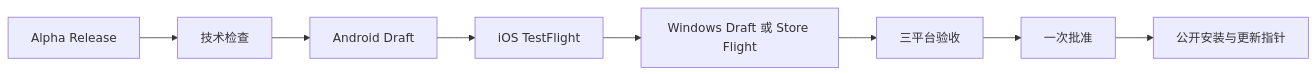
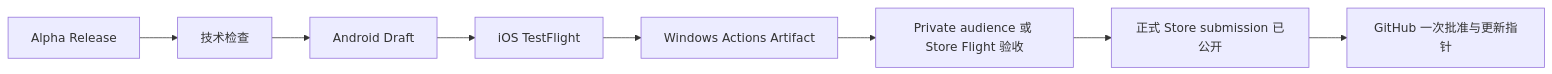
One commit to zhangheng2022/meet_trace changed the diagram in docs/project/GitHub_版本发布流程.md. Above: the diagram before and after it, drawn with Mermaid. The commit also changed other lines of this file and 21 other files, not shown here.

Commit message:
切换 Windows 发布到 Microsoft Store

````diff
--- a/docs/project/GitHub_版本发布流程.md
+++ b/docs/project/GitHub_版本发布流程.md
@@ -20,10 +20,10 @@
 ```mermaid
 flowchart LR
   A[Alpha Release] --> B[技术检查]
   B --> C[Android Draft]
   C --> D[iOS TestFlight]
-  D --> E[Windows Draft 或 Store Flight]
-  E --> F[三平台验收]
-  F --> G[一次批准]
-  G --> H[公开安装与更新指针]
+  D --> E[Windows Actions Artifact]
+  E --> F[Private audience 或 Store Flight 验收]
+  F --> G[正式 Store submission 已公开]
+  G --> H[GitHub 一次批准与更新指针]
 ```
````
